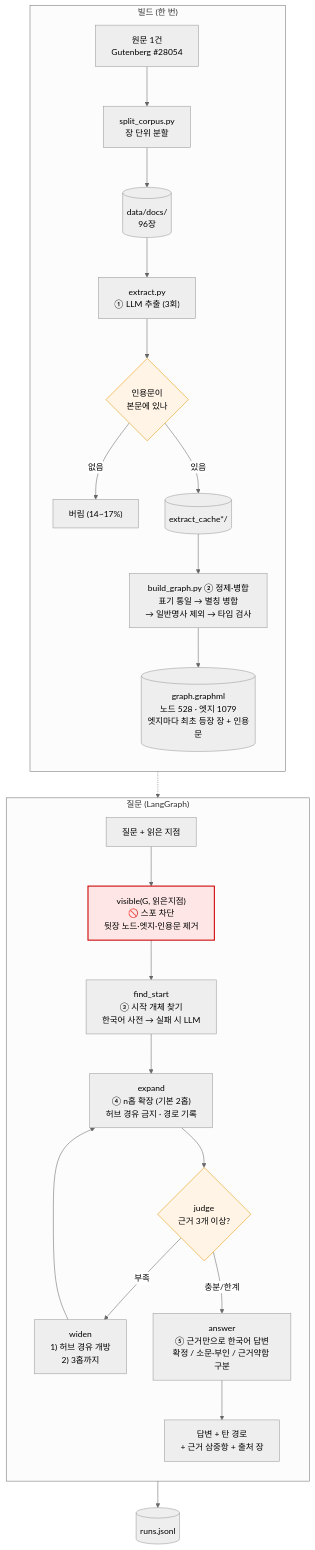
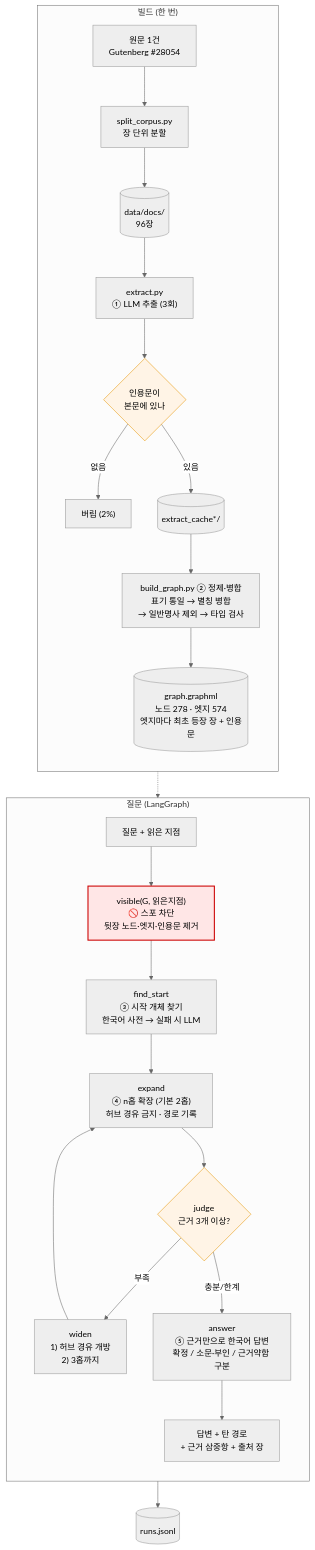
Before and after one commit to C-Lake864/karamazov-graphrag: the diagram in REPORT.md, drawn with Mermaid (neutral theme). The commit also changed other lines of this file and 3 other files, not shown here.

````diff
--- a/REPORT.md
+++ b/REPORT.md
@@ -202,33 +246,33 @@
 ```mermaid
 flowchart TB
     subgraph BUILD["빌드 (한 번)"]
         direction TB
         RAW["원문 1건<br/>Gutenberg #28054"] --> SPLIT["split_corpus.py<br/>장 단위 분할"]
         SPLIT --> DOCS[("data/docs/<br/>96장")]
         DOCS --> EX["extract.py<br/>① LLM 추출 (3회)"]
         EX --> QC{"인용문이<br/>본문에 있나"}
-        QC -->|없음| DROP["버림 (14~17%)"]
+        QC -->|없음| DROP["버림 (2%)"]
         QC -->|있음| CACHE[("extract_cache*/")]
         CACHE --> NORM["build_graph.py ② 정제·병합<br/>표기 통일 → 별칭 병합<br/>→ 일반명사 제외 → 타입 검사"]
-        NORM --> G[("graph.graphml<br/>노드 528 · 엣지 1079<br/>엣지마다 최초 등장 장 + 인용문")]
+        NORM --> G[("graph.graphml<br/>노드 278 · 엣지 574<br/>엣지마다 최초 등장 장 + 인용문")]
     end
 
     subgraph ASK["질문 (LangGraph)"]
         direction TB
         Q["질문 + 읽은 지점"] --> GATE["visible(G, 읽은지점)<br/>🚫 스포 차단<br/>뒷장 노드·엣지·인용문 제거"]
         GATE --> S1["find_start<br/>③ 시작 개체 찾기<br/>한국어 사전 → 실패 시 LLM"]
         S1 --> S2["expand<br/>④ n홉 확장 (기본 2홉)<br/>허브 경유 금지 · 경로 기록"]
         S2 --> S3{"judge<br/>근거 3개 이상?"}
         S3 -->|부족| W["widen<br/>1) 허브 경유 개방<br/>2) 3홉까지"]
         W --> S2
         S3 -->|충분/한계| S4["answer<br/>⑤ 근거만으로 한국어 답변<br/>확정 / 소문·부인 / 근거약함 구분"]
         S4 --> OUT["답변 + 탄 경로<br/>+ 근거 삼중항 + 출처 장"]
     end
 
     G -.-> GATE
     OUT --> LOG[("runs.jsonl")]
 
     style GATE fill:#ffe6e6,stroke:#c00,stroke-width:2px
     style QC fill:#fff4e6,stroke:#e69500
     style S3 fill:#fff4e6,stroke:#e69500
 ```
````
